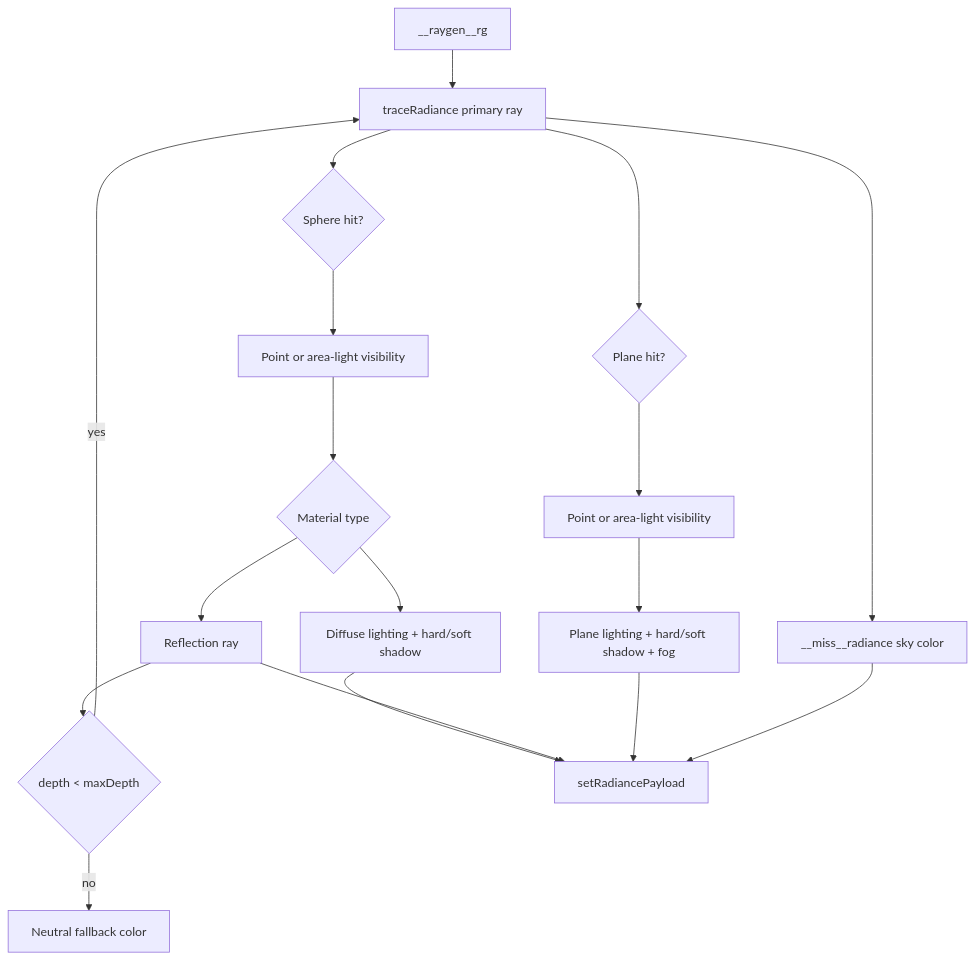
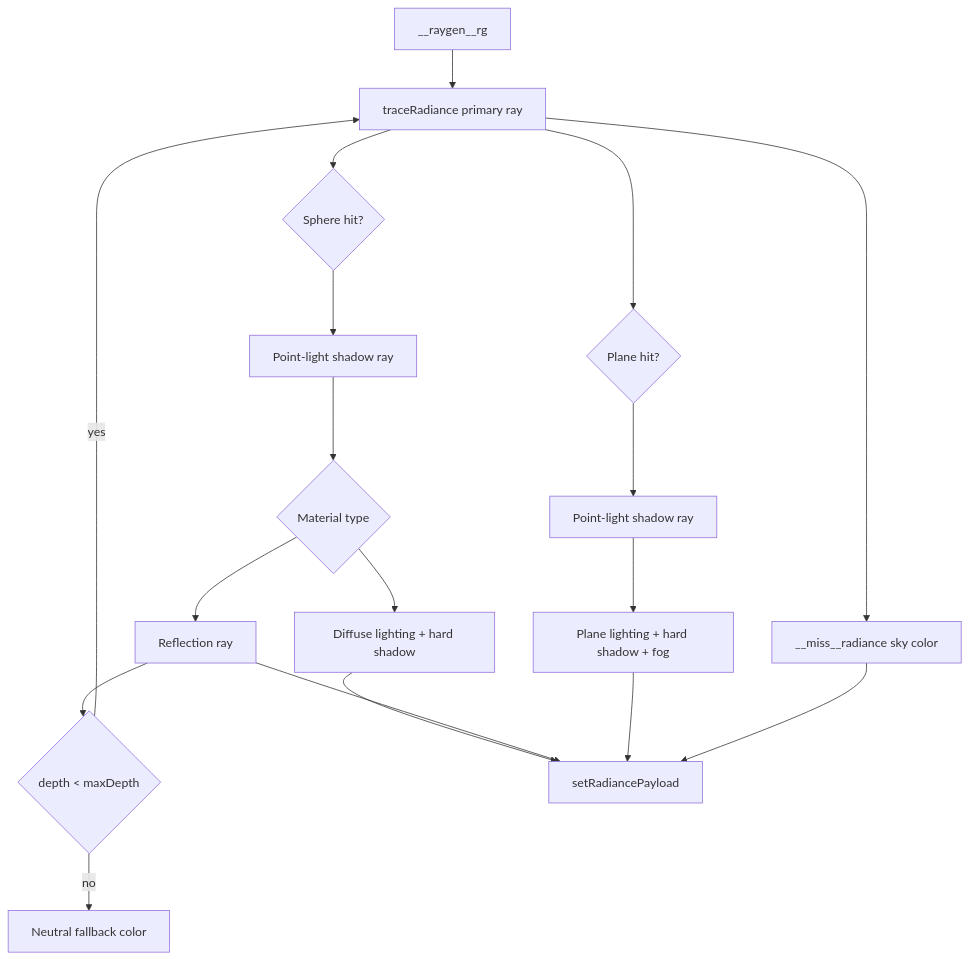
The third of 4 diagrams in RayTracerRTX/docs/architecture.md (Tundraws/RayTracer), drawn with Mermaid before and after one commit. The commit also changed 11 other files, not shown here.

````diff
--- a/RayTracerRTX/docs/architecture.md
+++ b/RayTracerRTX/docs/architecture.md
@@ -51,20 +51,20 @@
 ```mermaid
 flowchart TD
     RG["__raygen__rg"] --> Primary["traceRadiance primary ray"]
     Primary --> HitSphere{"Sphere hit?"}
     Primary --> HitPlane{"Plane hit?"}
     Primary --> Miss["__miss__radiance sky color"]
-    HitSphere --> Visibility["Point or area-light visibility"]
-    Visibility --> Material{"Material type"}
-    Material --> Diffuse["Diffuse lighting + hard/soft shadow"]
+    HitSphere --> Shadow["Point-light shadow ray"]
+    Shadow --> Material{"Material type"}
+    Material --> Diffuse["Diffuse lighting + hard shadow"]
     Material --> Mirror["Reflection ray"]
     Mirror --> Depth{"depth < maxDepth"}
     Depth -->|yes| Primary
     Depth -->|no| Fallback["Neutral fallback color"]
-    HitPlane --> PlaneVisibility["Point or area-light visibility"]
-    PlaneVisibility --> PlaneLight["Plane lighting + hard/soft shadow + fog"]
+    HitPlane --> PlaneShadow["Point-light shadow ray"]
+    PlaneShadow --> PlaneLight["Plane lighting + hard shadow + fog"]
     Diffuse --> Output["setRadiancePayload"]
     Mirror --> Output
     PlaneLight --> Output
     Miss --> Output
 ```
````
